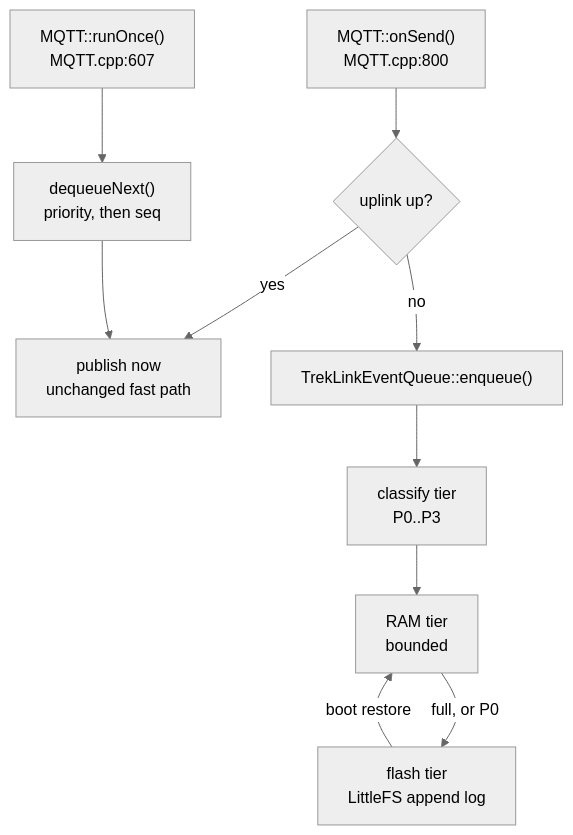
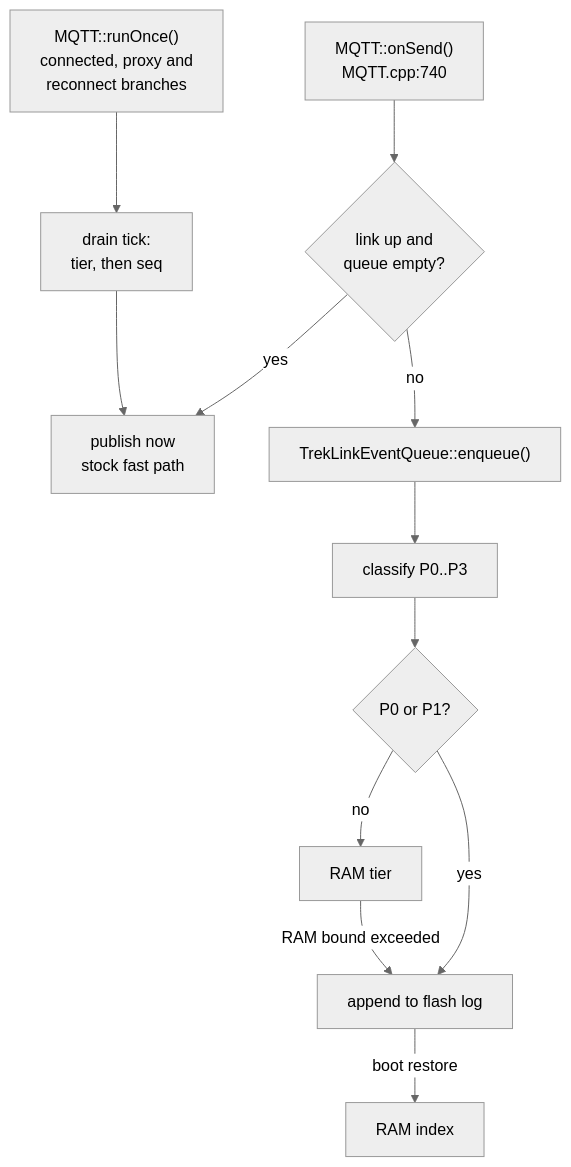
One commit to TrekLink-Team/treklink-firmware changed the first of 4 diagrams in specs/onboard-queue/design.md. Above: the diagram before and after it, drawn with Mermaid (neutral theme). The commit also changed other lines of this file and 3 other files, not shown here.

````diff
--- a/specs/onboard-queue/design.md
+++ b/specs/onboard-queue/design.md
@@ -13,12 +13,14 @@
 ```mermaid
 flowchart TB
-    A["MQTT::onSend()<br/>MQTT.cpp:800"] --> B{"uplink up?"}
-    B -->|yes| C["publish now<br/>unchanged fast path"]
+    A["MQTT::onSend()<br/>MQTT.cpp:740"] --> B{"link up and<br/>queue empty?"}
+    B -->|yes| C["publish now<br/>stock fast path"]
     B -->|no| D["TrekLinkEventQueue::enqueue()"]
-    D --> E["classify tier<br/>P0..P3"]
-    E --> F["RAM tier<br/>bounded"]
-    F -->|"full, or P0"| G["flash tier<br/>LittleFS append log"]
-    H["MQTT::runOnce()<br/>MQTT.cpp:607"] --> I["dequeueNext()<br/>priority, then seq"]
-    I --> C
-    G -->|"boot restore"| F
+    D --> E["classify P0..P3"]
+    E --> F{"P0 or P1?"}
+    F -->|yes| G["append to flash log"]
+    F -->|no| H["RAM tier"]
+    H -->|"RAM bound exceeded"| G
+    I["MQTT::runOnce()<br/>connected, proxy and<br/>reconnect branches"] --> J["drain tick:<br/>tier, then seq"]
+    J --> C
+    G -->|"boot restore"| K["RAM index"]
 ```
````
